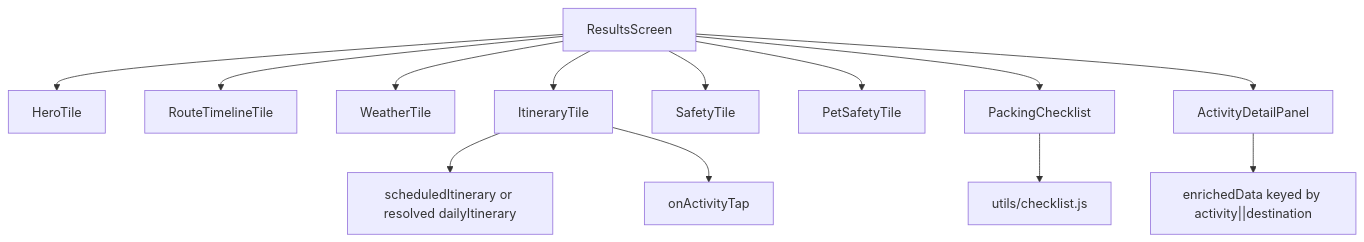
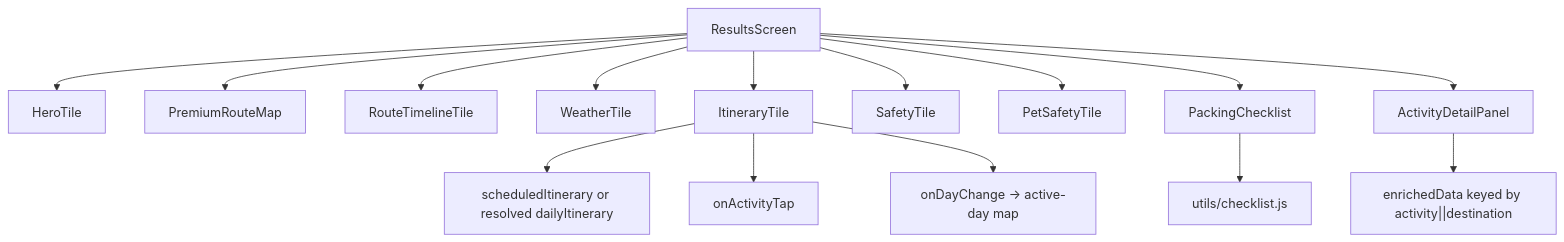
One commit to prasadnitish/SproutRoute changed the sixth of 7 diagrams in docs/WEB_CODE_GRAPH.md. Above: the diagram before and after it, drawn with Mermaid. The commit also changed other lines of this file and 20 other files, not shown here.

Commit message:
feat: add premium route maps

````diff
--- a/docs/WEB_CODE_GRAPH.md
+++ b/docs/WEB_CODE_GRAPH.md
@@ -141,16 +144,18 @@
 ```mermaid
 flowchart TD
     A["ResultsScreen"] --> B["HeroTile"]
+    A --> N["PremiumRouteMap"]
     A --> M["RouteTimelineTile"]
     A --> C["WeatherTile"]
     A --> D["ItineraryTile"]
     A --> E["SafetyTile"]
     A --> F["PetSafetyTile"]
     A --> G["PackingChecklist"]
     A --> H["ActivityDetailPanel"]
 
     D --> I["scheduledItinerary or resolved dailyItinerary"]
     D --> J["onActivityTap"]
+    D --> O["onDayChange -> active-day map"]
     G --> K["utils/checklist.js"]
     H --> L["enrichedData keyed by activity||destination"]
 ```
````
